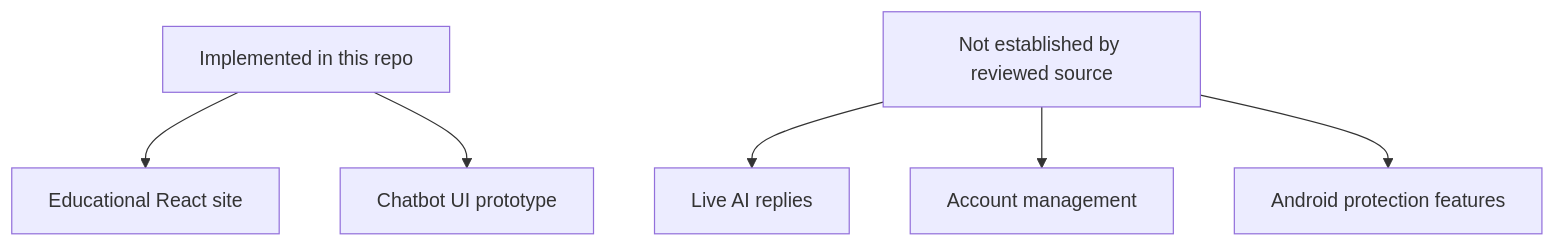
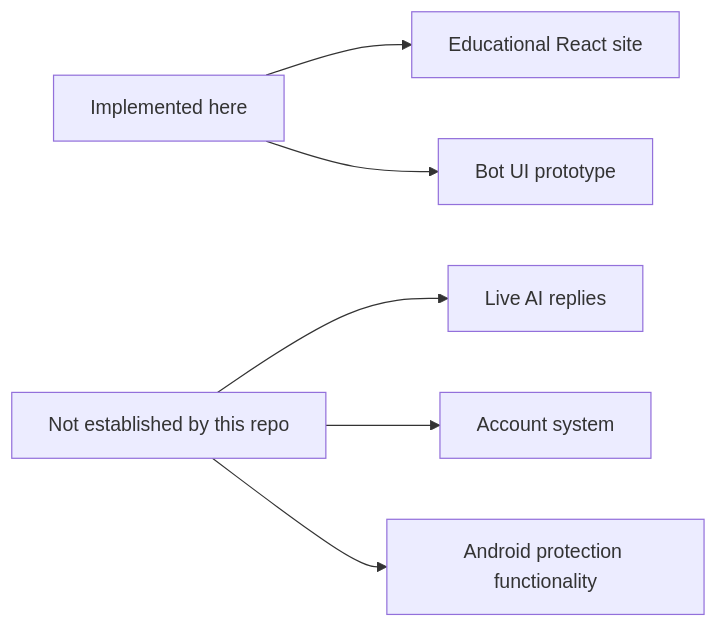
The fifth of 6 diagrams in docs/development-pipeline.md (HidayahMF/OutGamble), drawn with Mermaid before and after one commit. The commit also changed other lines of this file, not shown here.

````diff
--- a/docs/development-pipeline.md
+++ b/docs/development-pipeline.md
@@ -93,8 +102,9 @@
 ```mermaid
-flowchart TD
-    CURRENT[Implemented in this repo] --> SITE[Educational React site]
-    CURRENT --> BOTUI[Chatbot UI prototype]
-    FUTURE[Not established by reviewed source] --> AI[Live AI replies]
-    FUTURE --> ACCOUNT[Account management]
-    FUTURE --> MOBILE[Android protection features]
+flowchart LR
+    CURRENT[Implemented here] --> SITE[Educational React site]
+    CURRENT --> BOTUI[Bot UI prototype]
+
+    FUTURE[Not established by this repo] --> LIVEAI[Live AI replies]
+    FUTURE --> ACCOUNT[Account system]
+    FUTURE --> MOBILE[Android protection functionality]
 ```
````
